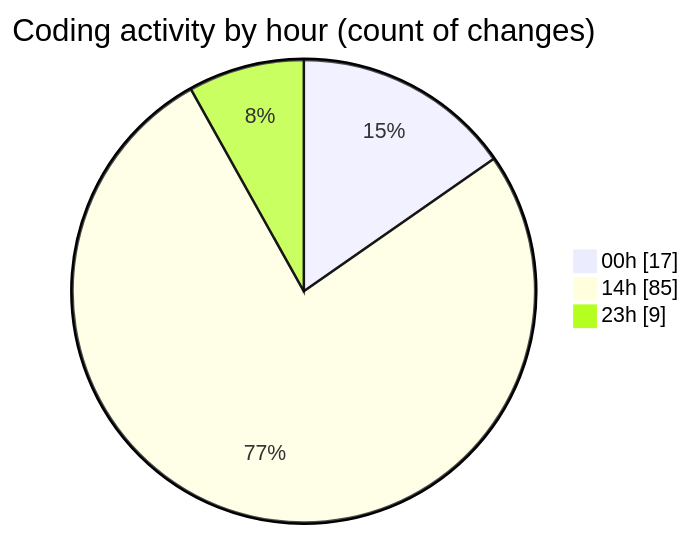
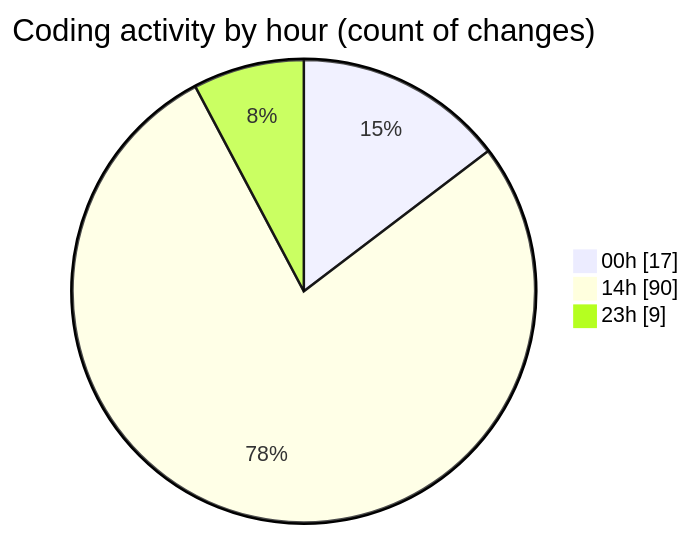
The second of 2 diagrams in 2025-07-20/mern-workoutboard/README.md (Ritupan-Deka/code-tracking), drawn with Mermaid before and after one commit. The commit also changed other lines of this file and 1 other file, not shown here.

````diff
--- a/2025-07-20/mern-workoutboard/README.md
+++ b/2025-07-20/mern-workoutboard/README.md
@@ -31,7 +31,7 @@
 ```mermaid
 pie showData
 title Coding activity by hour (count of changes)
 "00h" : 17
-"14h" : 85
+"14h" : 90
 "23h" : 9
 ```
````
